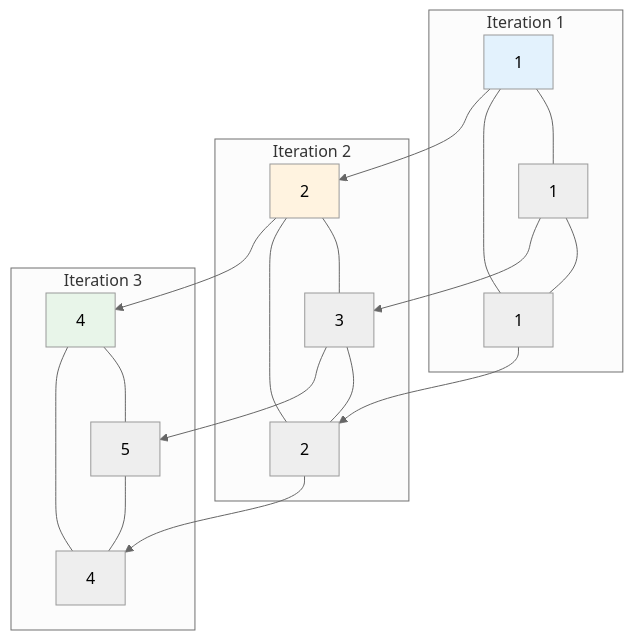
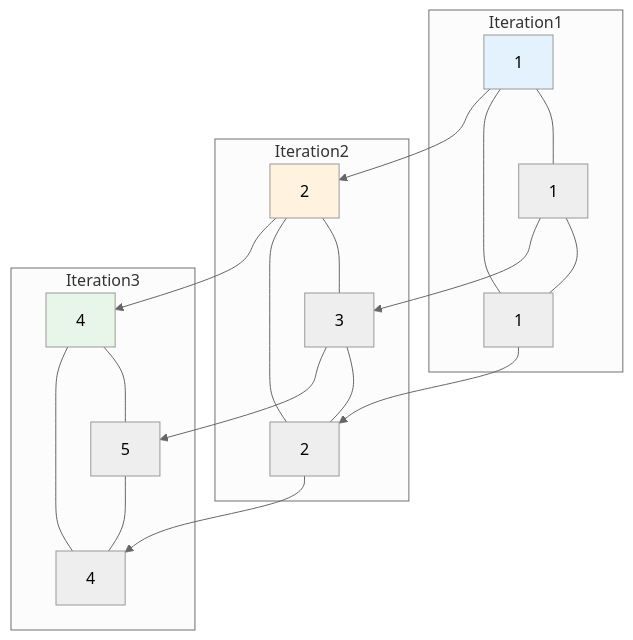
The second of 3 diagrams in knowledge/en/ML/gnn-introduction/chapter3-message-passing.md (YusukeHashimotoLab/AI-Knowledge-Notes), drawn with Mermaid (neutral theme) before and after one commit. The commit also changed other lines of this file and 723 other files, not shown here.

````diff
--- a/knowledge/en/ML/gnn-introduction/chapter3-message-passing.md
+++ b/knowledge/en/ML/gnn-introduction/chapter3-message-passing.md
@@ -562,28 +556,28 @@
     ```mermaid
     graph TB
-        subgraph "Iteration 1"
+        subgraph "Iteration1"
             A1[1] --- B1[1]
             A1 --- C1[1]
             B1 --- C1
         end
     
-        subgraph "Iteration 2"
+        subgraph "Iteration2"
             A2[2] --- B2[3]
             A2 --- C2[3]
             B2 --- C2[2]
         end
     
-        subgraph "Iteration 3"
+        subgraph "Iteration3"
             A3[4] --- B3[5]
             A3 --- C3[5]
             B3 --- C3[4]
         end
     
         A1 --> A2 --> A3
         B1 --> B2 --> B3
         C1 --> C2 --> C3
     
         style A1 fill:#e3f2fd
         style A2 fill:#fff3e0
         style A3 fill:#e8f5e9
     ```
````
